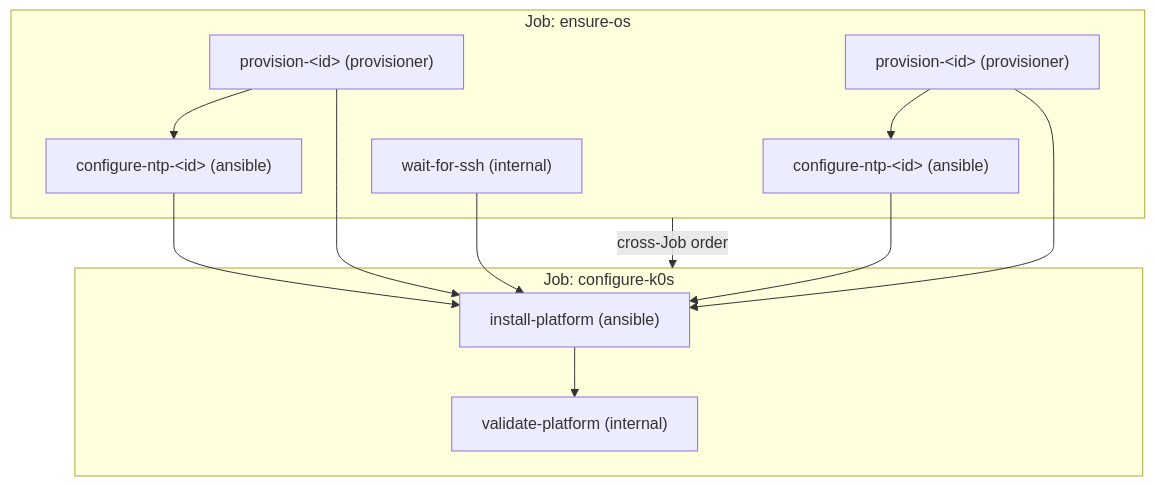
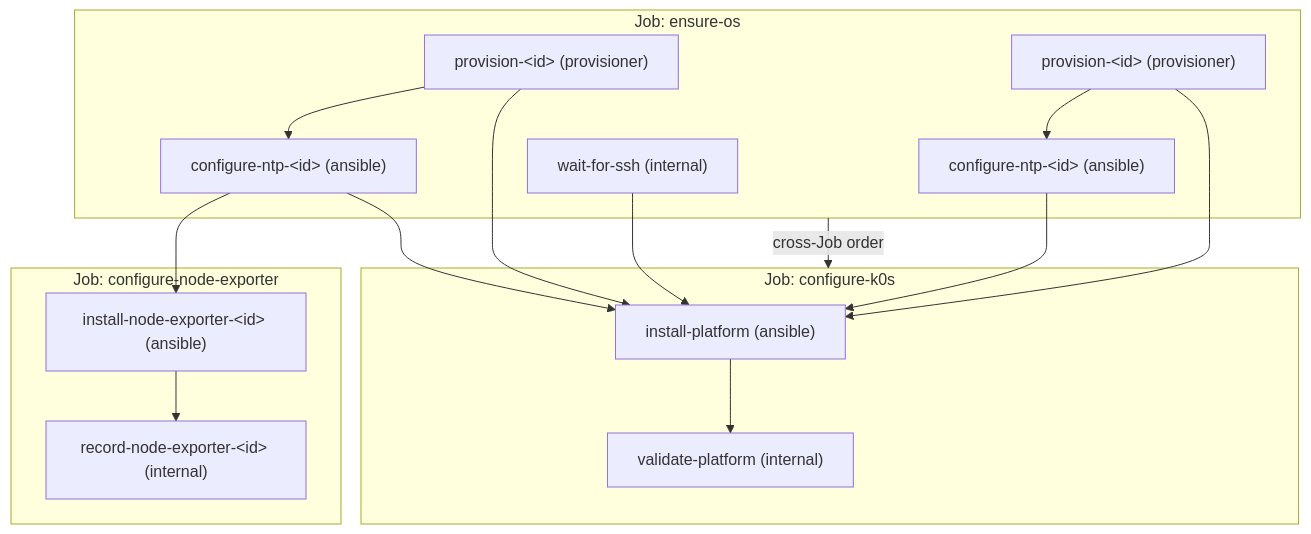
One commit to maple52046/swallow changed the diagram in docs/development/platform-deployment.md. Above: the diagram before and after it, drawn with Mermaid. The commit also changed other lines of this file and 123 other files, not shown here.

````diff
--- a/docs/development/platform-deployment.md
+++ b/docs/development/platform-deployment.md
@@ -130,23 +132,29 @@
 ```mermaid
 flowchart TB
     subgraph ensure["Job: ensure-os"]
         p1["provision-&lt;id&gt; (provisioner)"]
         p2["provision-&lt;id&gt; (provisioner)"]
         n1["configure-ntp-&lt;id&gt; (ansible)"]
         n2["configure-ntp-&lt;id&gt; (ansible)"]
         w["wait-for-ssh (internal)"]
     end
     subgraph configure["Job: configure-k0s"]
         inst["install-platform (ansible)"]
         val["validate-platform (internal)"]
     end
+    subgraph exporter["Job: configure-node-exporter"]
+        e1["install-node-exporter-&lt;id&gt; (ansible)"]
+        r1["record-node-exporter-&lt;id&gt; (internal)"]
+    end
     p1 --> n1
     p2 --> n2
+    n1 --> e1
+    e1 --> r1
     p1 --> inst
     p2 --> inst
     n1 --> inst
     n2 --> inst
     w --> inst
     inst --> val
     ensure -->|cross-Job order| configure
 ```
````
